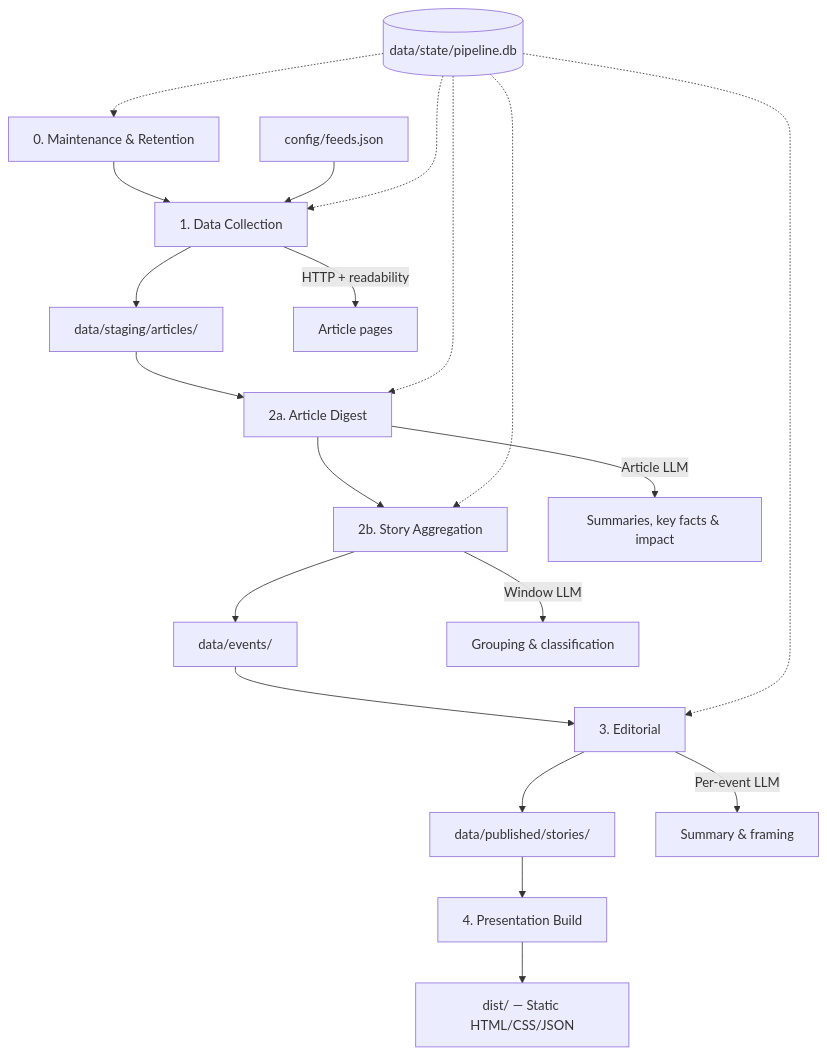
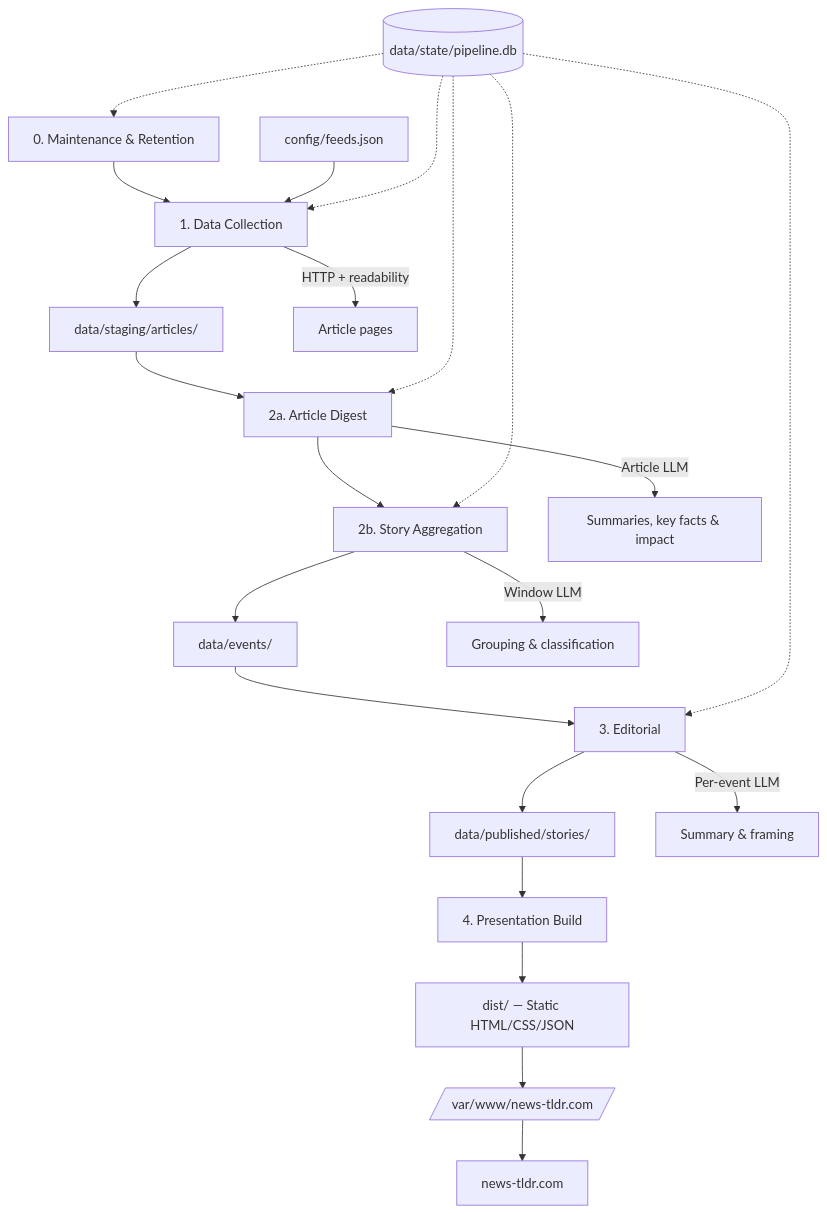
Before and after one commit to pmeenan/news-tldr.com: the diagram in docs/design.md, drawn with Mermaid. The commit also changed other lines of this file and 10 other files, not shown here.

````diff
--- a/docs/design.md
+++ b/docs/design.md
@@ -23,24 +23,26 @@
 ```mermaid
 graph TD
     Maintenance[0. Maintenance & Retention] --> Collect[1. Data Collection]
     Feeds[config/feeds.json] --> Collect[1. Data Collection]
     Collect --> Articles[data/staging/articles/]
     Articles --> Digest[2a. Article Digest]
     Digest --> Aggregate[2b. Story Aggregation]
     Aggregate --> Events[data/events/]
     Events --> Editorial[3. Editorial]
     Editorial --> Stories[data/published/stories/]
     Stories --> Present[4. Presentation Build]
     Present --> Site[dist/ — Static HTML/CSS/JSON]
+    Site --> Publish[/var/www/news-tldr.com/]
+    Publish --> Nginx[news-tldr.com]
 
     State[(data/state/pipeline.db)] -.-> Collect
     State -.-> Maintenance
     State -.-> Digest
     State -.-> Aggregate
     State -.-> Editorial
 
     Collect -->|HTTP + readability| Pages[Article pages]
     Digest -->|Article LLM| ArticleDigest[Summaries, key facts & impact]
     Aggregate -->|Window LLM| Classify[Grouping & classification]
     Editorial -->|Per-event LLM| Summarize[Summary & framing]
 ```
````
